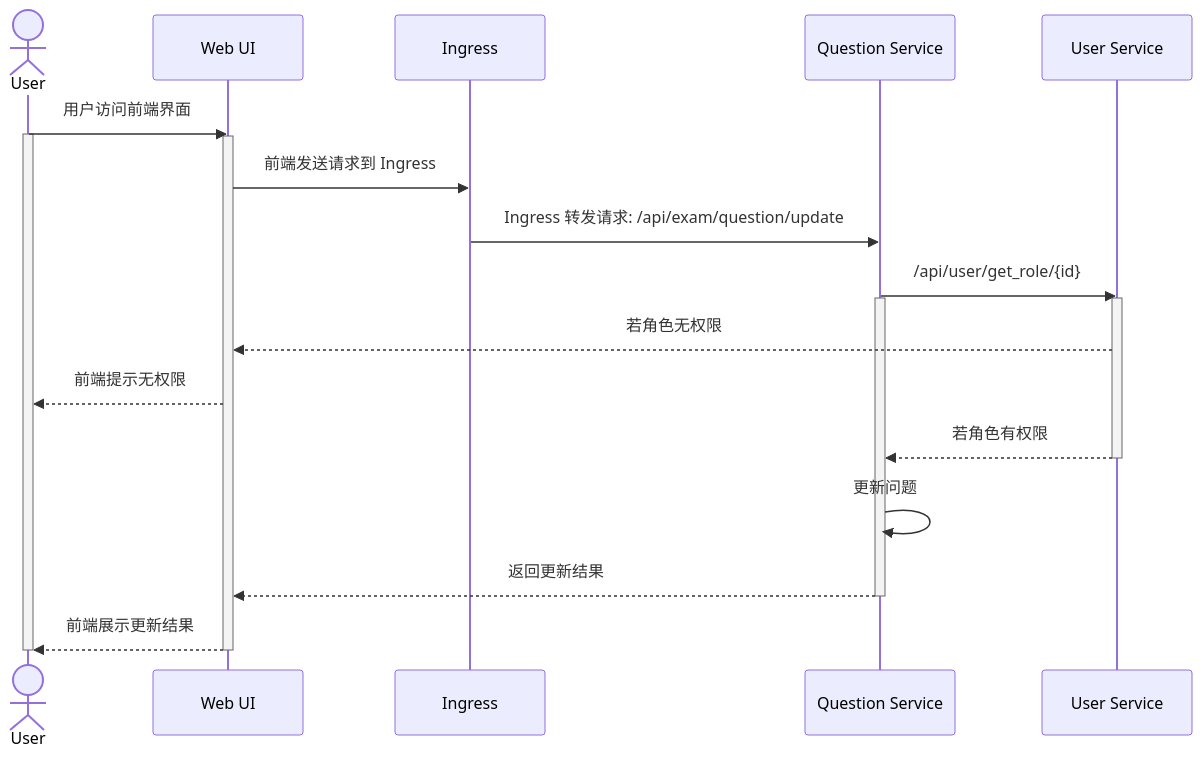
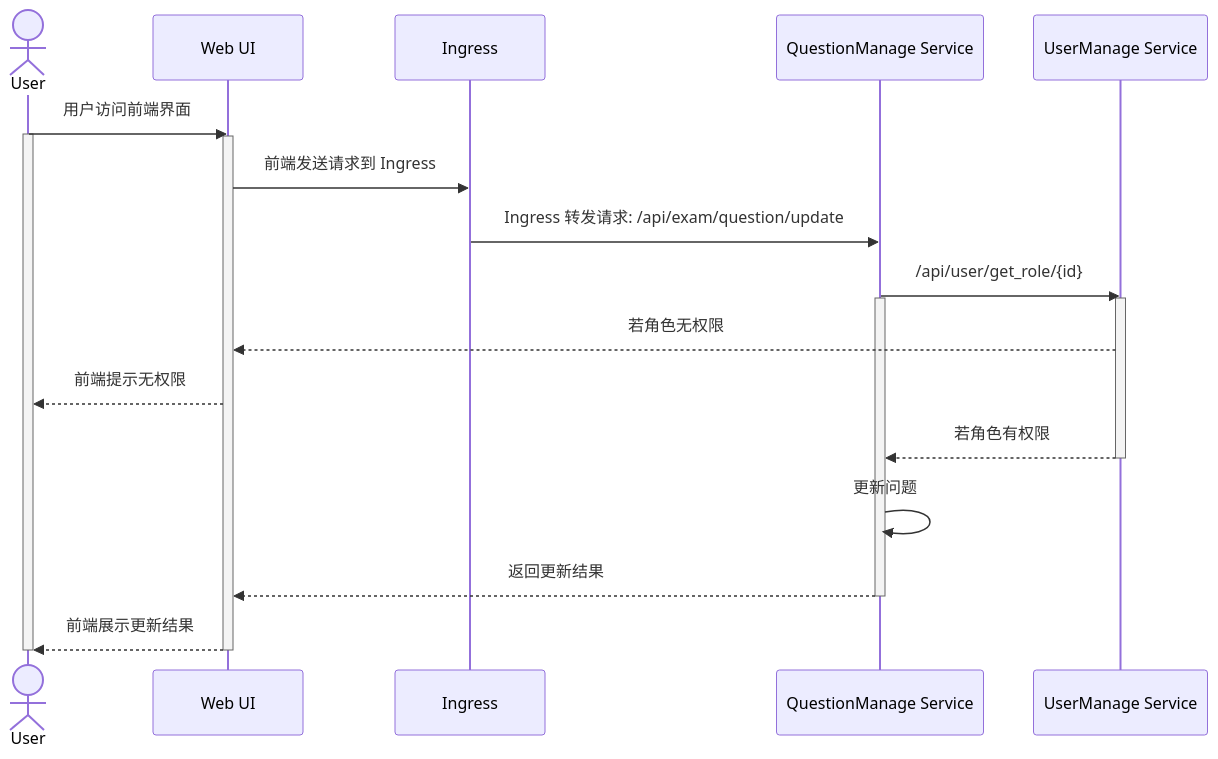
One commit to HBY-STAR/2024_Spring_CloudNative_Lab changed diagram 17 of 17 in docs_hby/lab3-task2-group-8.md. Above: the diagram before and after it, drawn with Mermaid. The commit also changed other lines of this file and 1 other file, not shown here.

````diff
--- a/docs_hby/lab3-task2-group-8.md
+++ b/docs_hby/lab3-task2-group-8.md
@@ -536,28 +563,28 @@
 ```mermaid
 sequenceDiagram
     actor User
     participant Web UI
     participant Ingress
-    participant Question Service
-    participant User Service
+    participant QuestionManage Service
+    participant UserManage Service
     
     
     User ->> Web UI: 用户访问前端界面
     activate User
     activate Web UI
     Web UI ->> Ingress: 前端发送请求到 Ingress
-    Ingress ->> Question Service: Ingress 转发请求: /api/exam/question/update
-    Question Service ->> User Service: /api/user/get_role/{id}
-    activate User Service
-    activate Question Service
-    User Service -->> Web UI: 若角色无权限
+    Ingress ->> QuestionManage Service: Ingress 转发请求: /api/exam/question/update
+    QuestionManage Service ->> UserManage Service: /api/user/get_role/{id}
+    activate UserManage Service
+    activate QuestionManage Service
+    UserManage Service -->> Web UI: 若角色无权限
     Web UI -->> User: 前端提示无权限
-    User Service -->> Question Service: 若角色有权限
-    deactivate User Service
-    Question Service ->> Question Service: 更新问题
-    Question Service -->> Web UI: 返回更新结果
-    deactivate Question Service
+    UserManage Service -->> QuestionManage Service: 若角色有权限
+    deactivate UserManage Service
+    QuestionManage Service ->> QuestionManage Service: 更新问题
+    QuestionManage Service -->> Web UI: 返回更新结果
+    deactivate QuestionManage Service
     Web UI -->> User: 前端展示更新结果
     deactivate Web UI
     deactivate User
 ```
````
